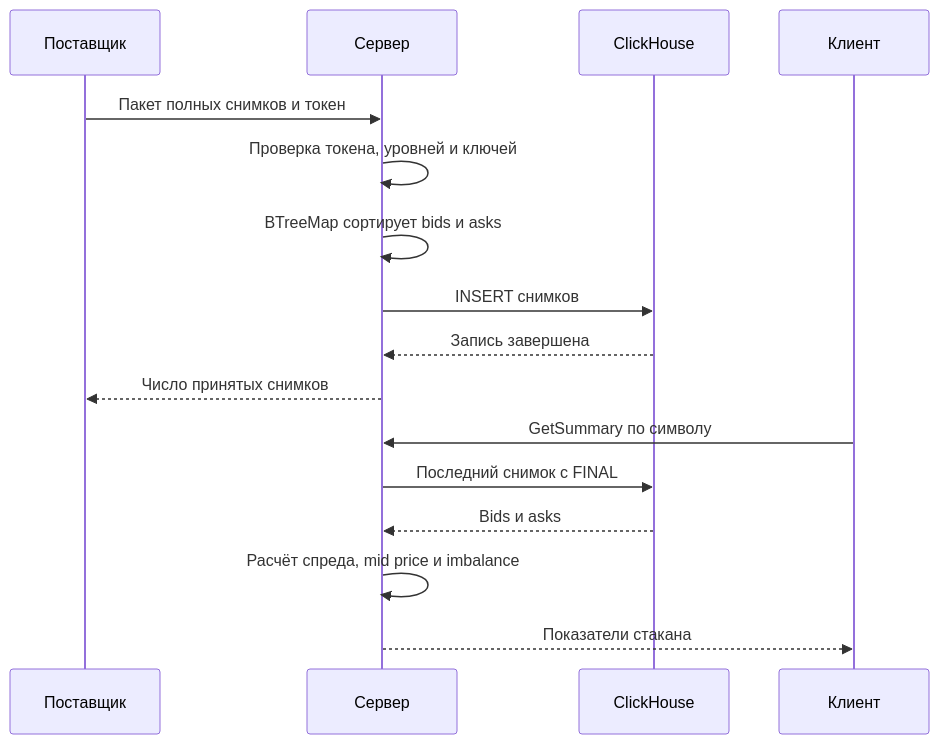
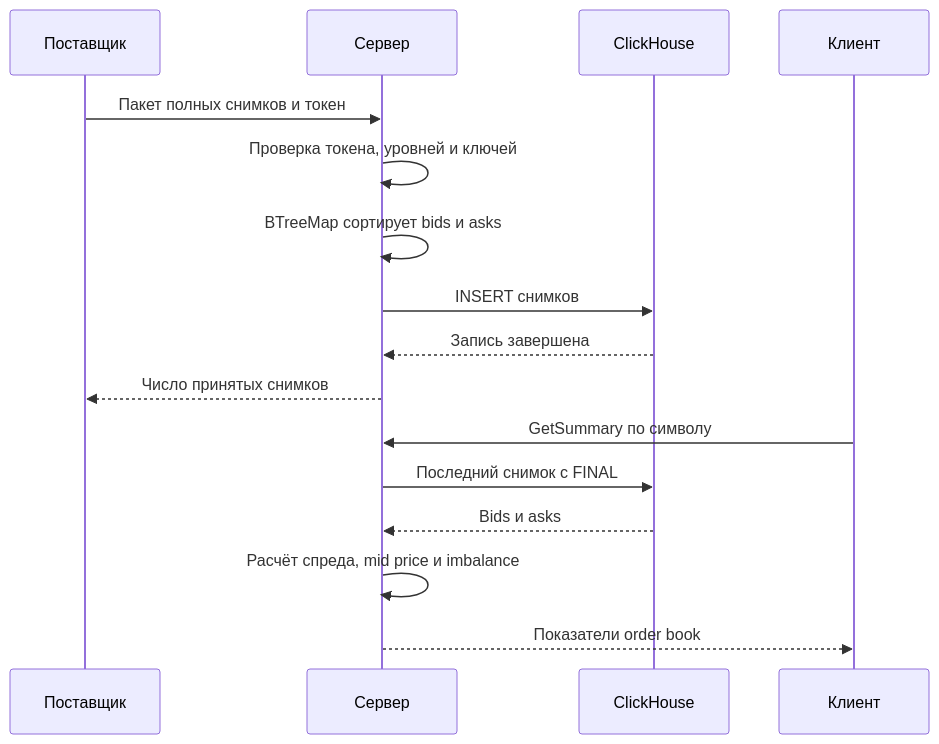
The second of 2 diagrams in README.md (advprop/market-data-hw), drawn with Mermaid before and after one commit. The commit also changed other lines of this file and 33 other files, not shown here.

Commit message:
Add React order book client with end-to-end checks and demo

````diff
--- a/README.md
+++ b/README.md
@@ -57,18 +85,18 @@
 ```mermaid
 sequenceDiagram
     participant P as Поставщик
     participant S as Сервер
     participant D as ClickHouse
     participant C as Клиент
     P->>S: Пакет полных снимков и токен
     S->>S: Проверка токена, уровней и ключей
     S->>S: BTreeMap сортирует bids и asks
     S->>D: INSERT снимков
     D-->>S: Запись завершена
     S-->>P: Число принятых снимков
     C->>S: GetSummary по символу
     S->>D: Последний снимок с FINAL
     D-->>S: Bids и asks
     S->>S: Расчёт спреда, mid price и imbalance
-    S-->>C: Показатели стакана
+    S-->>C: Показатели order book
 ```
````
